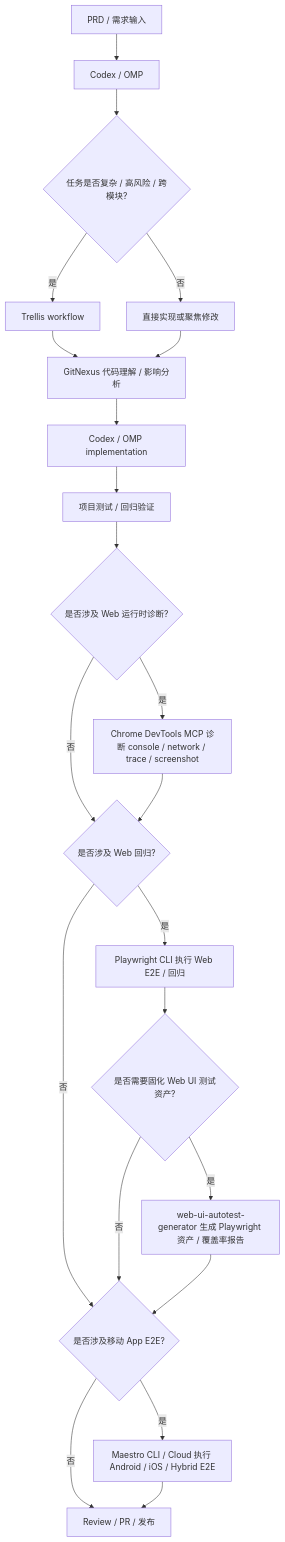
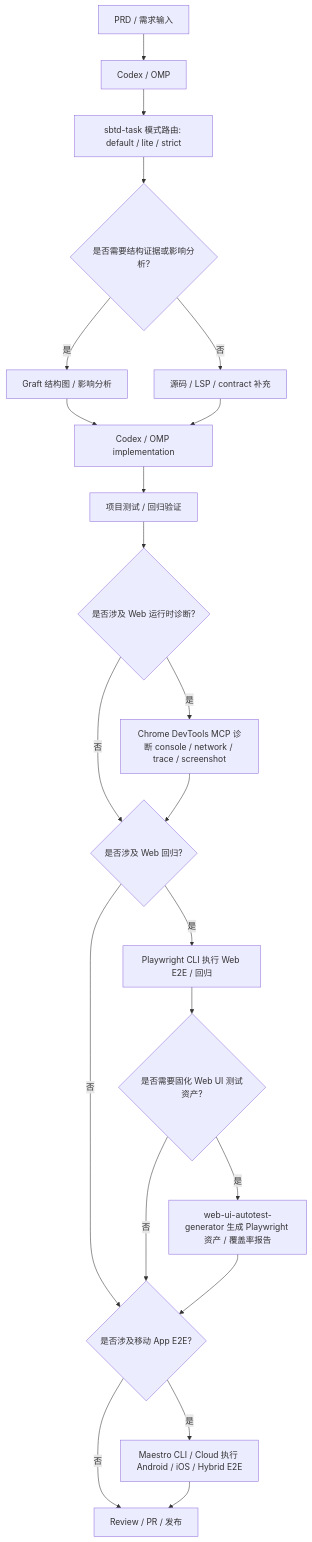
One commit to KunoLu/640-skills changed the diagram in ENTRYPOINT.md. Above: the diagram before and after it, drawn with Mermaid. The commit also changed other lines of this file and 2 other files, not shown here.

Commit message:
docs: switch entrypoint monitoring to sbtd-task and graft

````diff
--- a/ENTRYPOINT.md
+++ b/ENTRYPOINT.md
@@ -59,24 +58,24 @@
 ```mermaid
 flowchart TD
     A[PRD / 需求输入] --> B[Codex / OMP]
-    B --> C{任务是否复杂 / 高风险 / 跨模块?}
-    C -- 是 --> D[Trellis workflow]
-    C -- 否 --> E[直接实现或聚焦修改]
-    D --> F[GitNexus 代码理解 / 影响分析]
-    E --> F
-    F --> G[Codex / OMP implementation]
+    B --> C[sbtd-task 模式路由: default / lite / strict]
+    C --> D{是否需要结构证据或影响分析?}
+    D -- 是 --> E[Graft 结构图 / 影响分析]
+    D -- 否 --> F[源码 / LSP / contract 补充]
+    E --> G[Codex / OMP implementation]
+    F --> G
     G --> H[项目测试 / 回归验证]
     H --> I{是否涉及 Web 运行时诊断?}
     I -- 是 --> J[Chrome DevTools MCP 诊断 console / network / trace / screenshot]
     I -- 否 --> K{是否涉及 Web 回归?}
     J --> K
     K -- 是 --> L[Playwright CLI 执行 Web E2E / 回归]
     K -- 否 --> M{是否涉及移动 App E2E?}
     L --> N{是否需要固化 Web UI 测试资产?}
     N -- 是 --> O[web-ui-autotest-generator 生成 Playwright 资产 / 覆盖率报告]
     N -- 否 --> M
     O --> M
     M -- 是 --> P[Maestro CLI / Cloud 执行 Android / iOS / Hybrid E2E]
     M -- 否 --> Q[Review / PR / 发布]
     P --> Q
 ```
````
